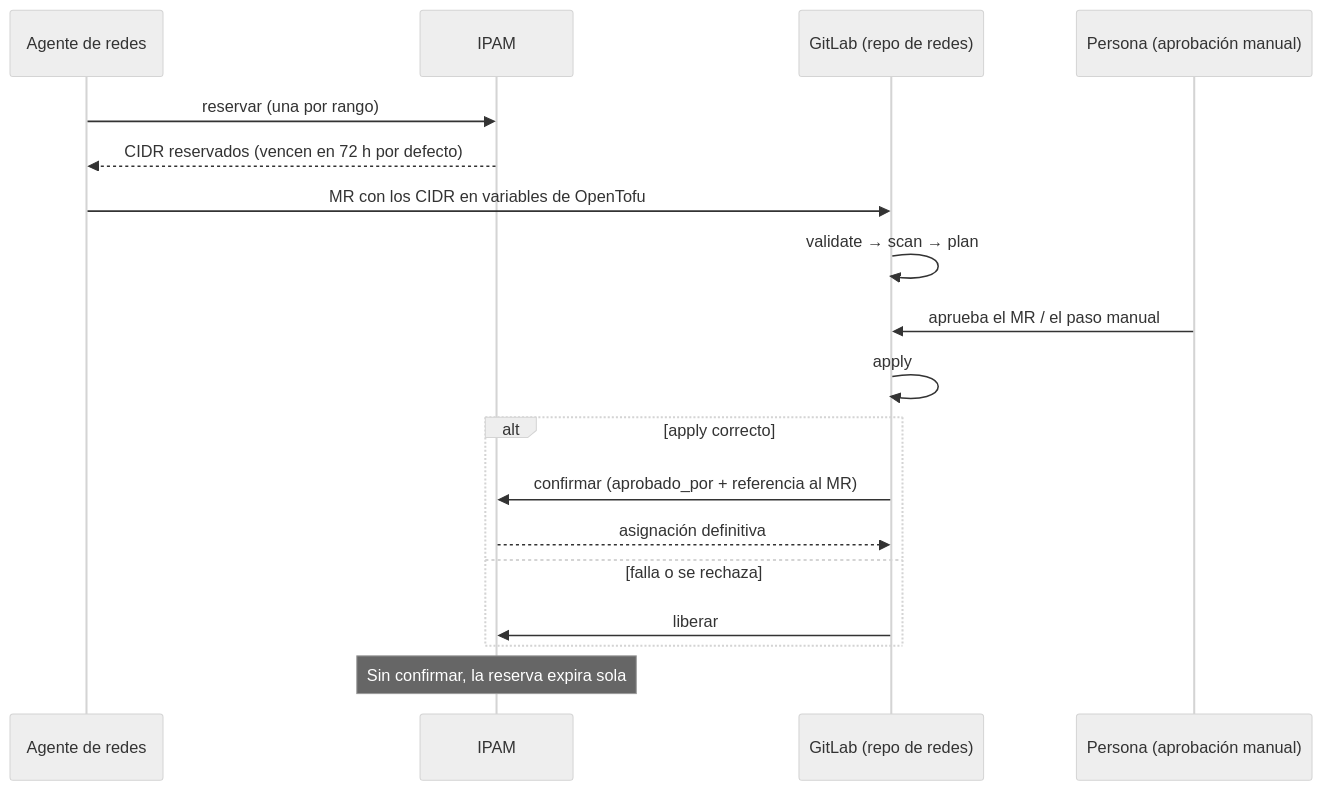
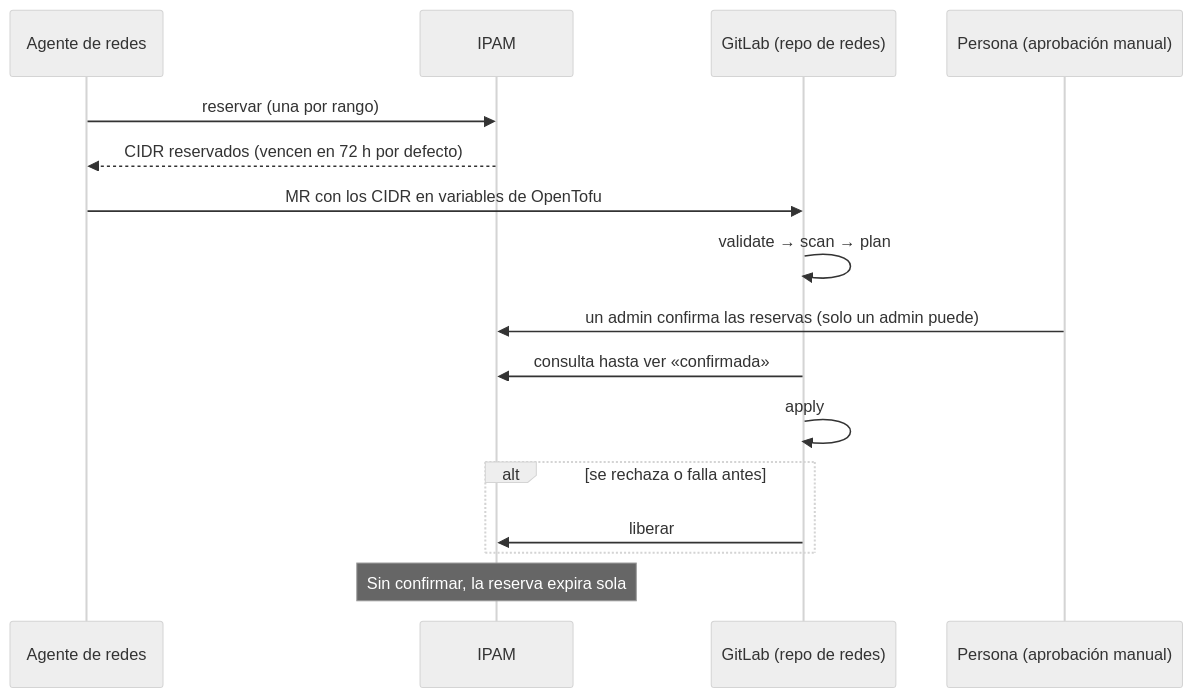
Before and after one commit to estratotechspa/ipam: the second of 2 diagrams in docs/CONTRATO-YAML-REDES.md, drawn with Mermaid (neutral theme). The commit also changed other lines of this file and 18 other files, not shown here.

Commit message:
feat(seguridad)!: confirmar una reserva es solo de admin; un token de servicio no confirma

````diff
--- a/docs/CONTRATO-YAML-REDES.md
+++ b/docs/CONTRATO-YAML-REDES.md
@@ -64,20 +64,18 @@
 ```mermaid
 sequenceDiagram
   participant Ag as Agente de redes
   participant I as IPAM
   participant GL as GitLab (repo de redes)
   participant P as Persona (aprobación manual)
   Ag->>I: reservar (una por rango)
   I-->>Ag: CIDR reservados (vencen en 72 h por defecto)
   Ag->>GL: MR con los CIDR en variables de OpenTofu
   GL->>GL: validate → scan → plan
-  P->>GL: aprueba el MR / el paso manual
+  P->>I: un admin confirma las reservas (solo un admin puede)
+  GL->>I: consulta hasta ver «confirmada»
   GL->>GL: apply
-  alt apply correcto
-    GL->>I: confirmar (aprobado_por + referencia al MR)
-    I-->>GL: asignación definitiva
-  else falla o se rechaza
+  alt se rechaza o falla antes
     GL->>I: liberar
   end
   Note over I: Sin confirmar, la reserva expira sola
 ```
````
